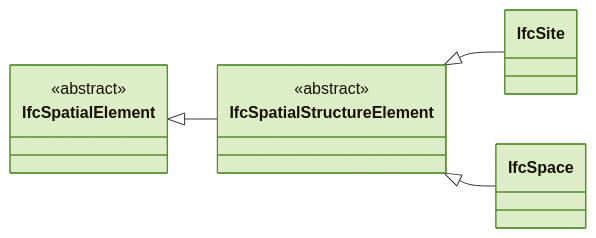
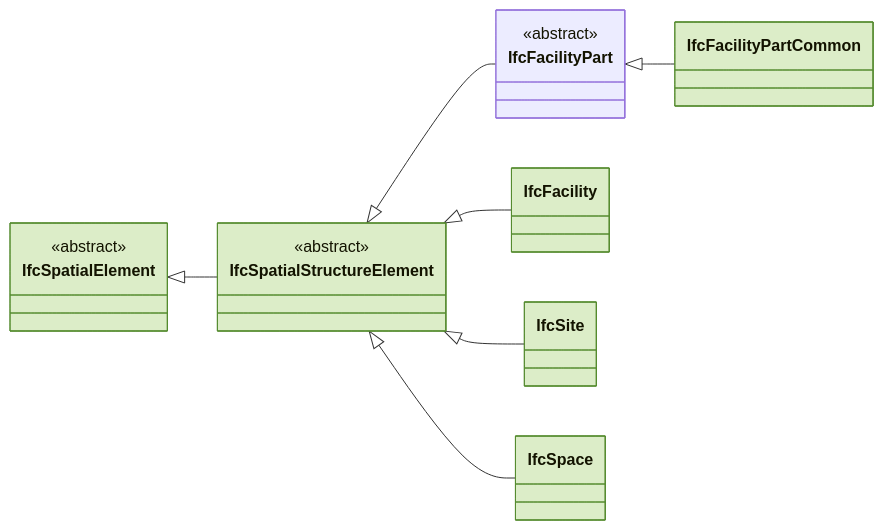
The ninth of 10 diagrams in docs/ifc/entities-genutzt.md (fabiologe/quagg_page_public), drawn with Mermaid before and after one commit. The commit also changed other lines of this file and 2 other files, not shown here.

First line of the commit message:
cde: Teil XXVI Z5a - der Schreiber kennt Bauwerke (IfcFacility, Baugruppe, Zerlegung)

````diff
--- a/docs/ifc/entities-genutzt.md
+++ b/docs/ifc/entities-genutzt.md
@@ -237,13 +239,19 @@
 ```mermaid
 classDiagram
   direction LR
+  IfcFacilityPart <|-- IfcFacilityPartCommon
   IfcSpatialElement <|-- IfcSpatialStructureElement
+  IfcSpatialStructureElement <|-- IfcFacility
+  IfcSpatialStructureElement <|-- IfcFacilityPart
   IfcSpatialStructureElement <|-- IfcSite
   IfcSpatialStructureElement <|-- IfcSpace
+  <<abstract>> IfcFacilityPart
   <<abstract>> IfcSpatialElement
   <<abstract>> IfcSpatialStructureElement
+  style IfcFacility fill:#dcedc8,stroke:#558b2f
+  style IfcFacilityPartCommon fill:#dcedc8,stroke:#558b2f
   style IfcSite fill:#dcedc8,stroke:#558b2f
   style IfcSpace fill:#dcedc8,stroke:#558b2f
   style IfcSpatialElement fill:#dcedc8,stroke:#558b2f
   style IfcSpatialStructureElement fill:#dcedc8,stroke:#558b2f
 ```
````
